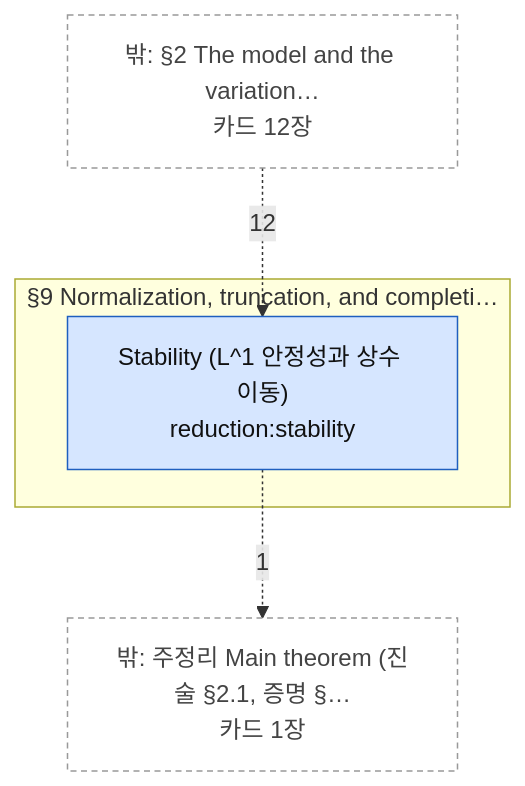
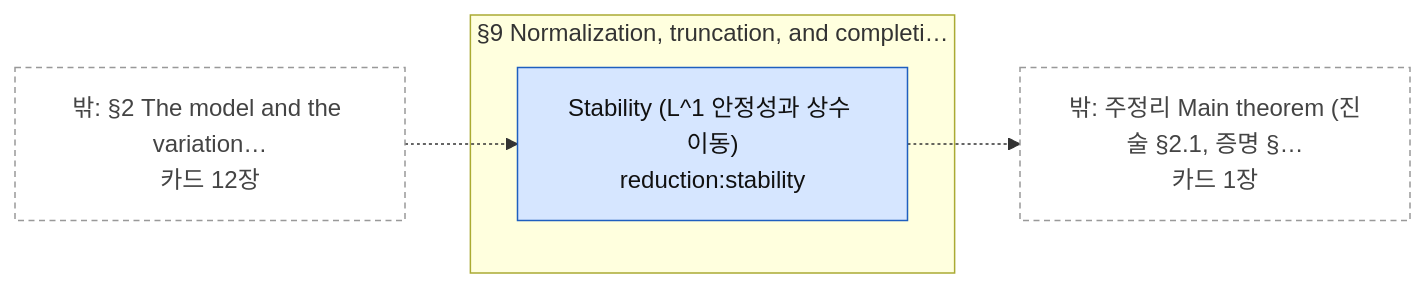
One commit to EuijinJeon/math2phys-site changed the diagram in redesign/build/artifact/maps/sec-reduction.mmd. Above: the diagram before and after it, drawn with Mermaid. The commit also changed 60 other files, not shown here.

First line of the commit message:
redesign: 미검증 진행분 보존 (exact 판정 중단분: 카드 22장·용어집·규칙 표·SCHEMA, 도구 보강 중단분: build.py·지도·사이트)

```diff
--- a/redesign/build/artifact/maps/sec-reduction.mmd
+++ b/redesign/build/artifact/maps/sec-reduction.mmd
@@ -1,16 +1,16 @@
-flowchart TB
+flowchart LR
   subgraph IN["§9 Normalization, truncation, and completi…"]
     a0["Stability (L^1 안정성과 상수 이동)<br/>reduction:stability"]
   end
   X0["밖: §2 The model and the variation…<br/>카드 12장"]
   X1["밖: 주정리 Main theorem (진술 §2.1, 증명 §…<br/>카드 1장"]
-  X0 -.->|12| a0
-  a0 -.->|1| X1
+  X0 -.-> a0
+  a0 -.-> X1
   classDef thm fill:#d6e6ff,stroke:#1f5fbf,color:#111;
   classDef oth fill:#eef0f3,stroke:#8a8f98,color:#222;
   classDef ext fill:#fff,stroke:#999,stroke-dasharray:4 3,color:#444;
   class a0 thm;
   class X0,X1 ext;
   click a0 "cards/reduction.stability.html"
   click X0 "map-model.html"
   click X1 "map-main.html"
```
